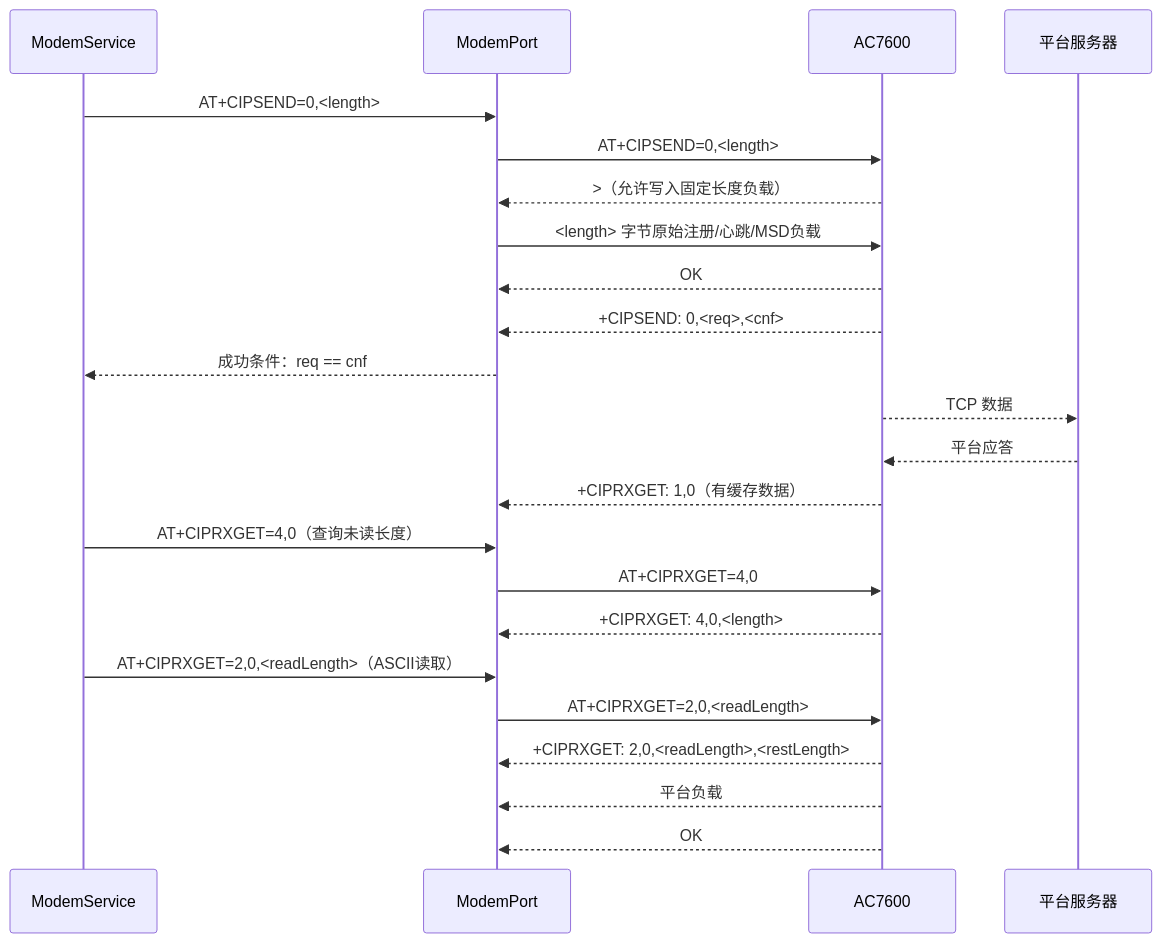
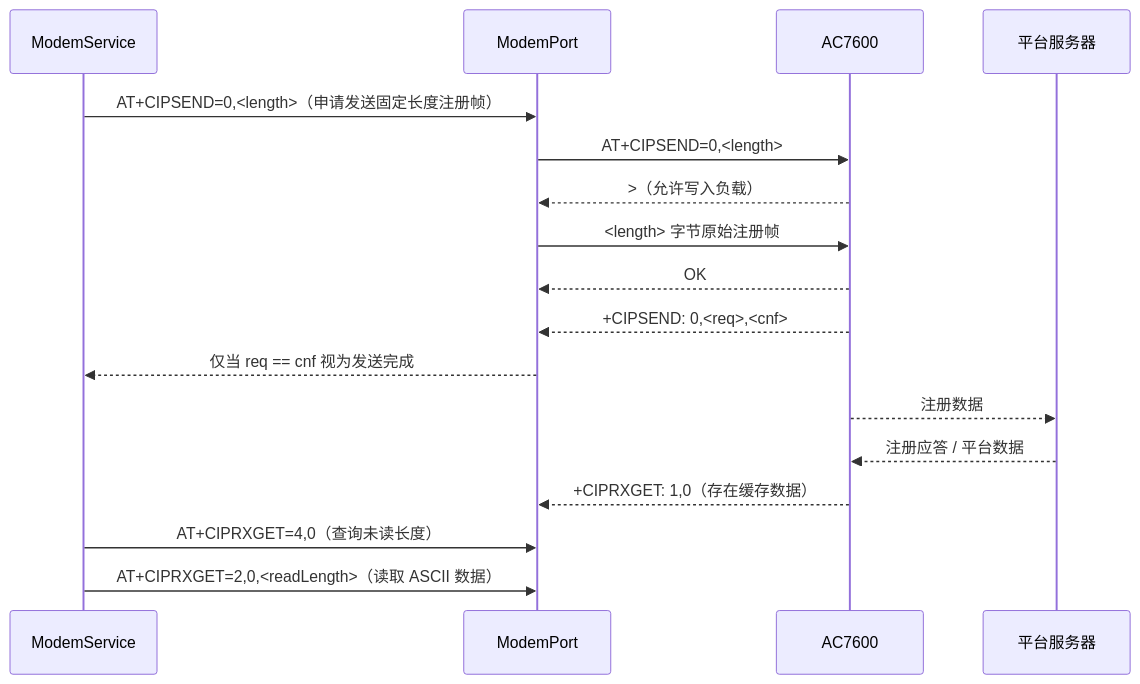
The fifth of 6 diagrams in docs/AC7600_TCPIP_SWIMLANE.md (xiaojunzhong123/eCall), drawn with Mermaid before and after one commit. The commit also changed other lines of this file and 5 other files, not shown here.

````diff
--- a/docs/AC7600_TCPIP_SWIMLANE.md
+++ b/docs/AC7600_TCPIP_SWIMLANE.md
@@ -110,27 +135,21 @@
 ```mermaid
 sequenceDiagram
     participant S as ModemService
     participant P as ModemPort
     participant M as AC7600
     participant V as 平台服务器
 
-    S->>P: AT+CIPSEND=0,<length>
+    S->>P: AT+CIPSEND=0,<length>（申请发送固定长度注册帧）
     P->>M: AT+CIPSEND=0,<length>
-    M-->>P: >（允许写入固定长度负载）
-    P->>M: <length> 字节原始注册/心跳/MSD负载
+    M-->>P: >（允许写入负载）
+    P->>M: <length> 字节原始注册帧
     M-->>P: OK
     M-->>P: +CIPSEND: 0,<req>,<cnf>
-    P-->>S: 成功条件：req == cnf
-    M-->>V: TCP 数据
+    P-->>S: 仅当 req == cnf 视为发送完成
+    M-->>V: 注册数据
 
-    V-->>M: 平台应答
-    M-->>P: +CIPRXGET: 1,0（有缓存数据）
+    V-->>M: 注册应答 / 平台数据
+    M-->>P: +CIPRXGET: 1,0（存在缓存数据）
     S->>P: AT+CIPRXGET=4,0（查询未读长度）
-    P->>M: AT+CIPRXGET=4,0
-    M-->>P: +CIPRXGET: 4,0,<length>
-    S->>P: AT+CIPRXGET=2,0,<readLength>（ASCII读取）
-    P->>M: AT+CIPRXGET=2,0,<readLength>
-    M-->>P: +CIPRXGET: 2,0,<readLength>,<restLength>
-    M-->>P: 平台负载
-    M-->>P: OK
+    S->>P: AT+CIPRXGET=2,0,<readLength>（读取 ASCII 数据）
 ```
````
